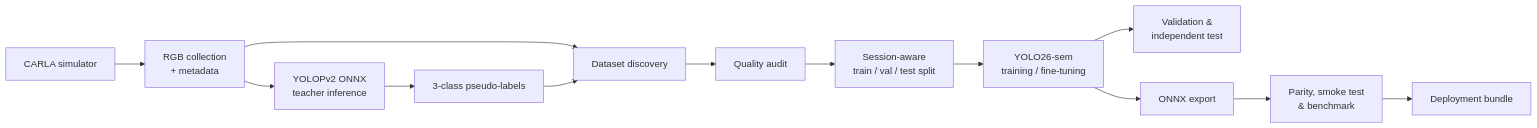
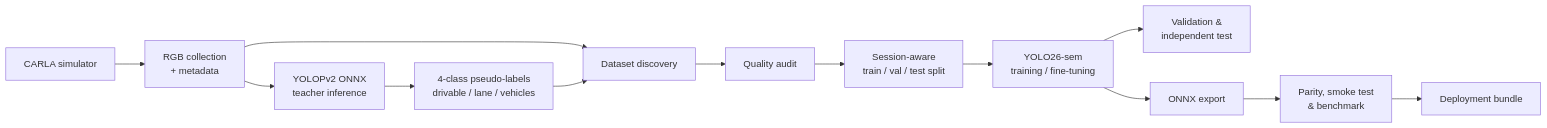
The diagram in README.md (ArvinNotDev/RoadForge), drawn with Mermaid before and after one commit. The commit also changed other lines of this file and 19 other files, not shown here.

First line of the commit message:
Add YOLOPv2 vehicle pseudo-labels and four-class training

````diff
--- a/README.md
+++ b/README.md
@@ -32,15 +32,15 @@
 ```mermaid
 flowchart LR
     A["CARLA simulator"] --> B["RGB collection<br/>+ metadata"]
     B --> C["YOLOPv2 ONNX<br/>teacher inference"]
-    C --> D["3-class pseudo-labels"]
+    C --> D["4-class pseudo-labels<br/>drivable / lane / vehicles"]
     B --> E["Dataset discovery"]
     D --> E
     E --> F["Quality audit"]
     F --> G["Session-aware<br/>train / val / test split"]
     G --> H["YOLO26-sem<br/>training / fine-tuning"]
     H --> I["Validation &<br/>independent test"]
     H --> J["ONNX export"]
     J --> K["Parity, smoke test<br/>& benchmark"]
     K --> L["Deployment bundle"]
 ```
````
